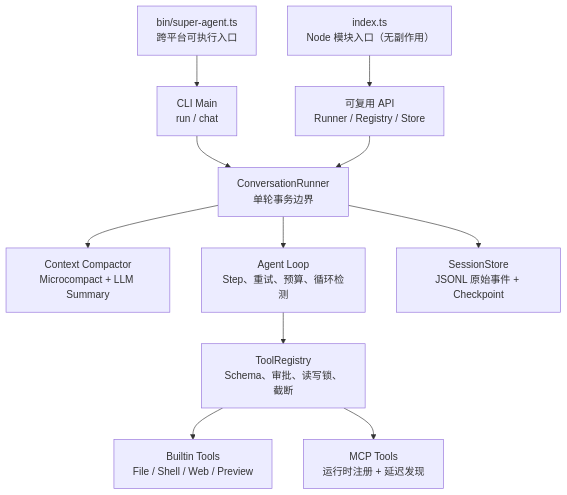
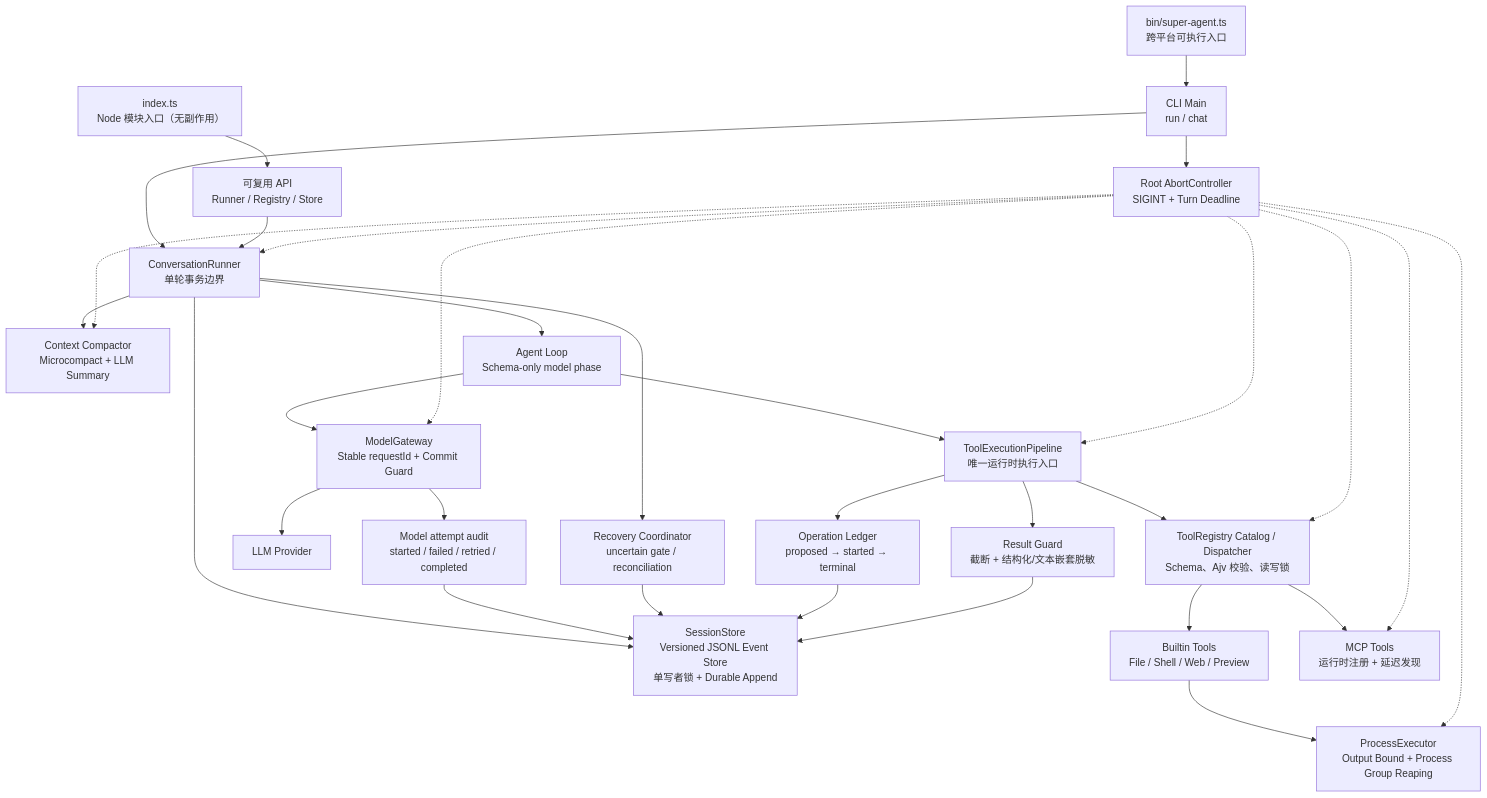
Before and after one commit to caosiwei97/super-agent: the diagram in README.md, drawn with Mermaid. The commit also changed other lines of this file and 4 other files, not shown here.

````diff
--- a/README.md
+++ b/README.md
@@ -79,13 +83,33 @@
 ```mermaid
 flowchart TD
     Module["index.ts\nNode 模块入口（无副作用）"] --> PublicAPI["可复用 API\nRunner / Registry / Store"]
     Bin["bin/super-agent.ts\n跨平台可执行入口"] --> CLI["CLI Main\nrun / chat"]
     CLI --> Runner["ConversationRunner\n单轮事务边界"]
     PublicAPI --> Runner
+    CLI --> Cancel["Root AbortController\nSIGINT + Turn Deadline"]
+    Cancel -.-> Runner
     Runner --> Compact["Context Compactor\nMicrocompact + LLM Summary"]
-    Runner --> Loop["Agent Loop\nStep、重试、预算、循环检测"]
-    Runner --> Store["SessionStore\nJSONL 原始事件 + Checkpoint"]
-    Loop --> Registry["ToolRegistry\nSchema、审批、读写锁、截断"]
+    Runner --> Recovery["Recovery Coordinator\nuncertain gate / reconciliation"]
+    Runner --> Loop["Agent Loop\nSchema-only model phase"]
+    Loop --> Model["ModelGateway\nStable requestId + Commit Guard"]
+    Model --> Provider["LLM Provider"]
+    Model --> Audit["Model attempt audit\nstarted / failed / retried / completed"]
+    Runner --> Store["SessionStore\nVersioned JSONL Event Store\n单写者锁 + Durable Append"]
+    Audit --> Store
+    Recovery --> Store
+    Loop --> Pipeline["ToolExecutionPipeline\n唯一运行时执行入口"]
+    Pipeline --> Registry["ToolRegistry Catalog / Dispatcher\nSchema、Ajv 校验、读写锁"]
+    Pipeline --> Ledger["Operation Ledger\nproposed → started → terminal"]
+    Ledger --> Store
     Registry --> Builtin["Builtin Tools\nFile / Shell / Web / Preview"]
     Registry --> MCP["MCP Tools\n运行时注册 + 延迟发现"]
+    Builtin --> Process["ProcessExecutor\nOutput Bound + Process Group Reaping"]
+    Cancel -.-> Compact
+    Cancel -.-> Model
+    Cancel -.-> Pipeline
+    Cancel -.-> Registry
+    Cancel -.-> MCP
+    Cancel -.-> Process
+    Pipeline --> Guard["Result Guard\n截断 + 结构化/文本嵌套脱敏"]
+    Guard --> Store
 ```
````
